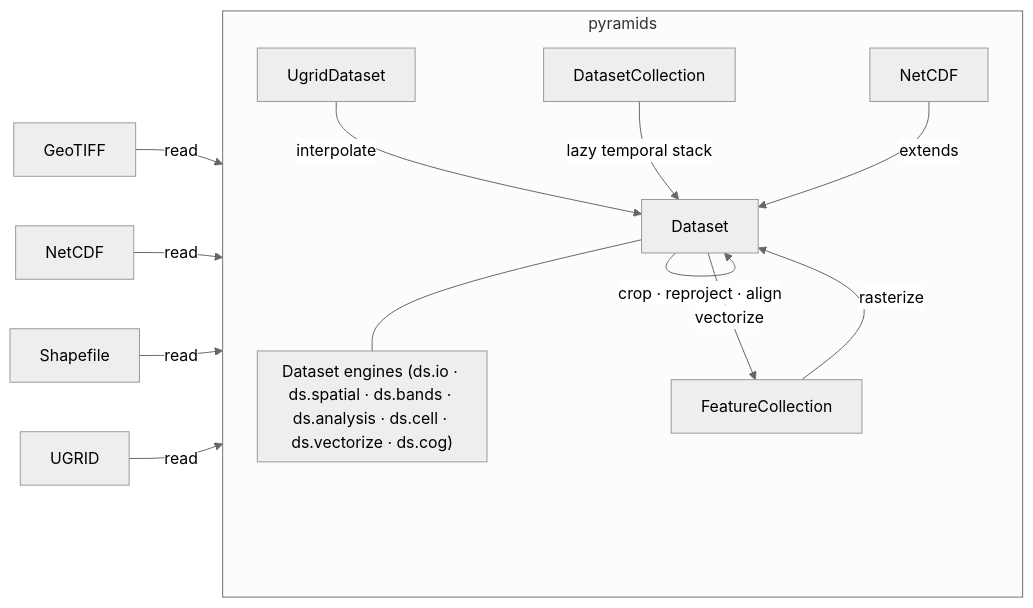
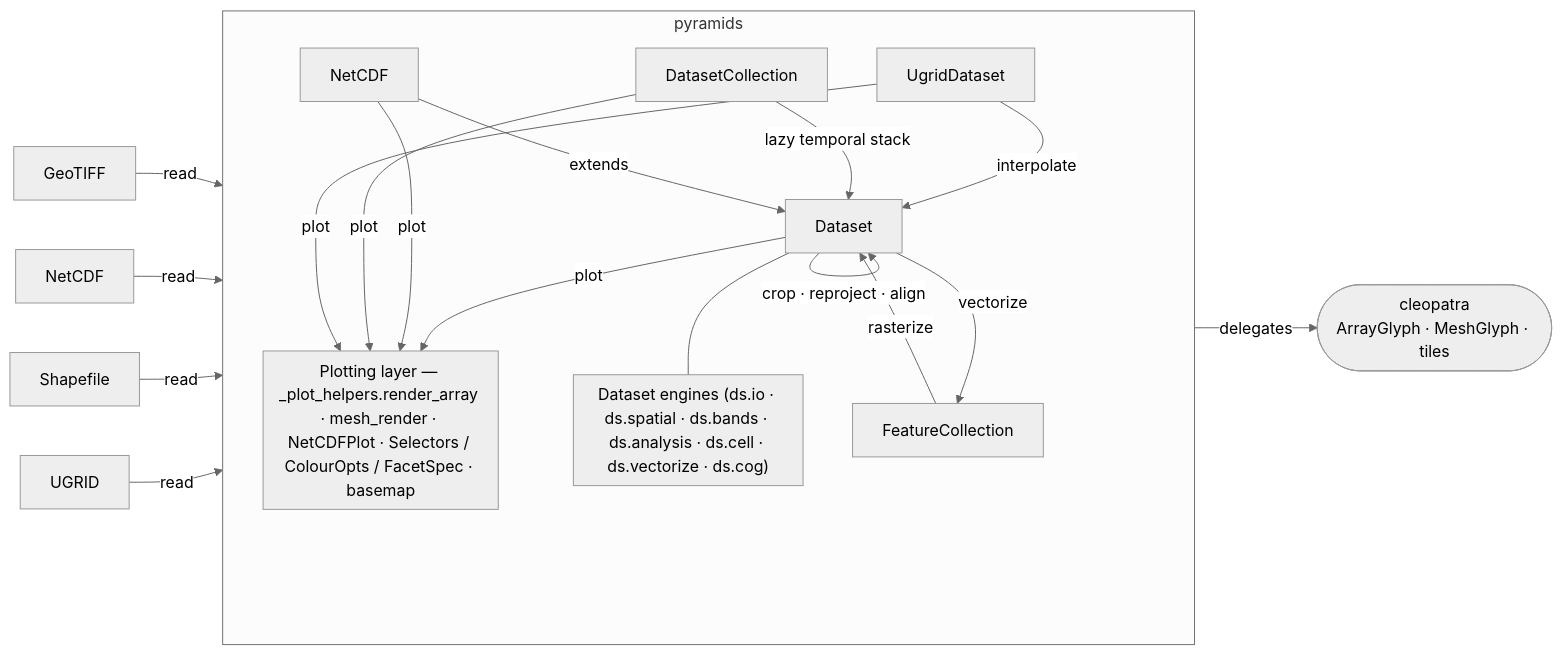
The diagram in README.md (serapeum-org/pyramids), drawn with Mermaid (neutral theme) before and after one commit. The commit also changed other lines of this file and 24 other files, not shown here.

````diff
--- a/README.md
+++ b/README.md
@@ -30,21 +30,25 @@
 ```mermaid
 graph LR
     GeoTIFF & NetCDF & Shapefile & UGRID -->|read| pyramids
     subgraph pyramids
         direction TB
         Dataset
         NetCDF_class[NetCDF]
         UgridDataset
         DatasetCollection
         FeatureCollection
         subgraph Engines["Dataset engines (ds.io · ds.spatial · ds.bands · ds.analysis · ds.cell · ds.vectorize · ds.cog)"]
         end
+        subgraph Plotting["Plotting layer — _plot_helpers.render_array · mesh_render · NetCDFPlot · Selectors / ColourOpts / FacetSpec · basemap"]
+        end
     end
     Dataset -->|crop · reproject · align| Dataset
     Dataset --- Engines
     FeatureCollection -->|rasterize| Dataset
     UgridDataset -->|interpolate| Dataset
     Dataset -->|vectorize| FeatureCollection
     DatasetCollection -->|lazy temporal stack| Dataset
     NetCDF_class -->|extends| Dataset
+    Dataset & NetCDF_class & DatasetCollection & UgridDataset -->|plot| Plotting
+    Plotting -->|delegates| cleopatra(["cleopatra<br/>ArrayGlyph · MeshGlyph · tiles"])
 ```
````
